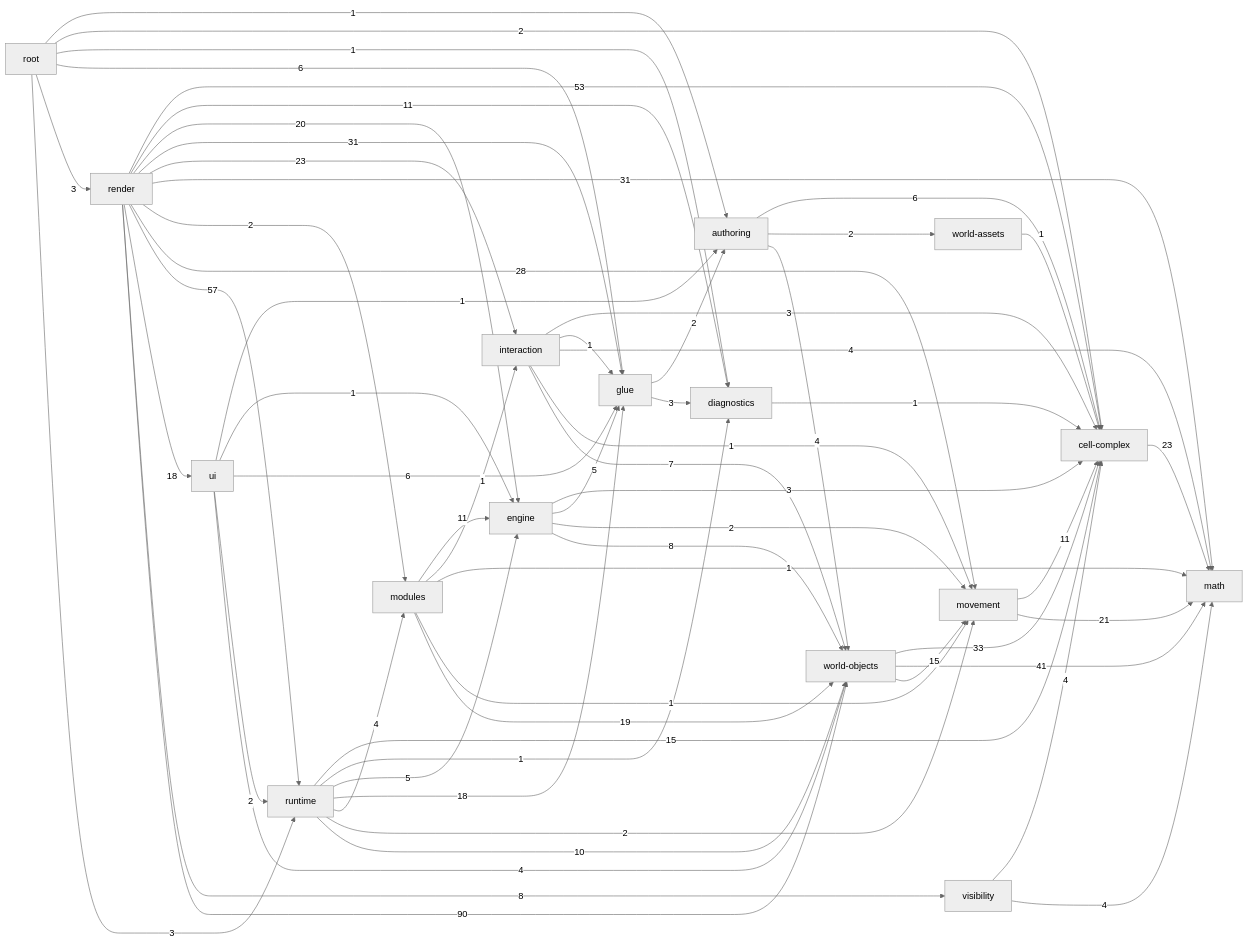
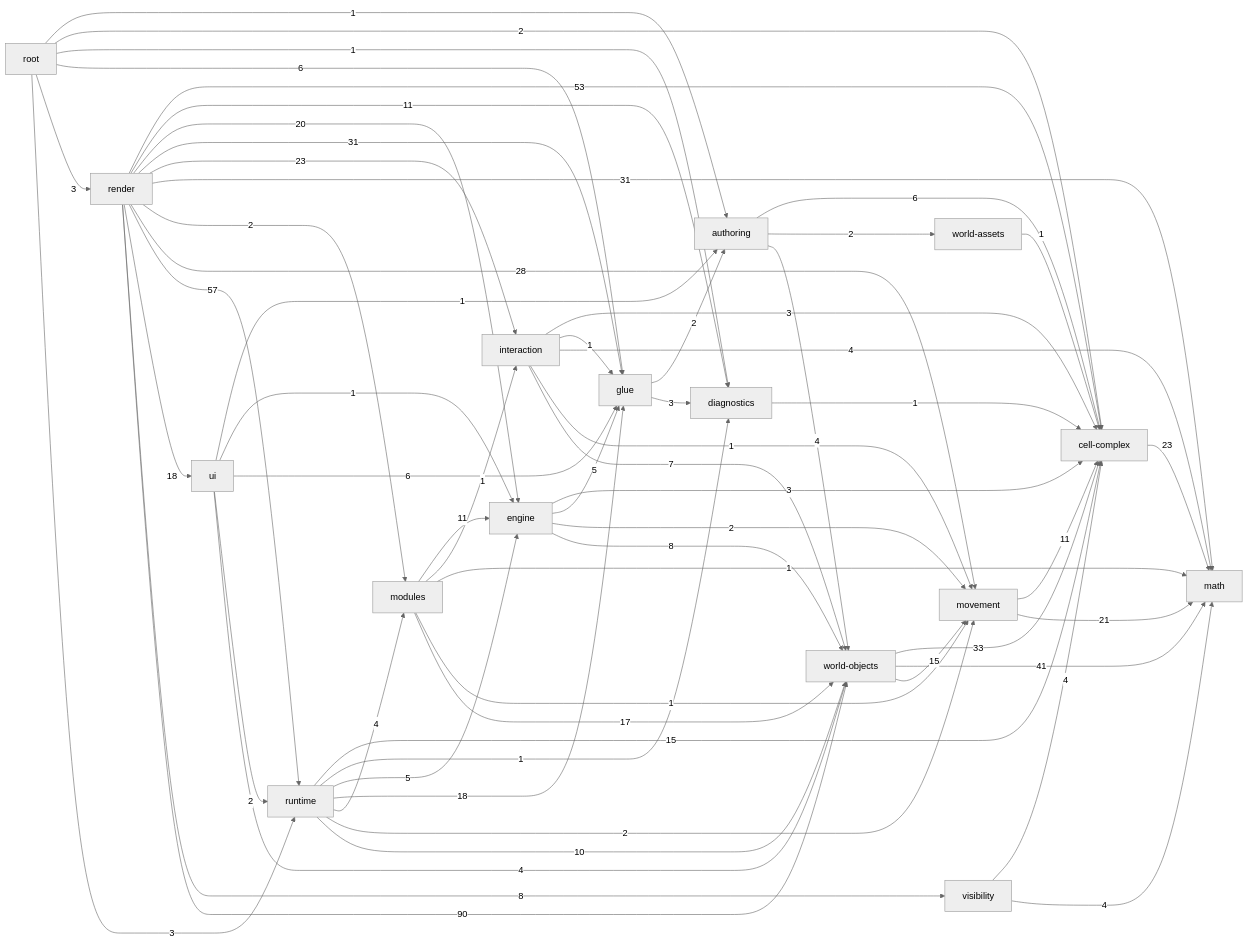
The diagram in _docs/generated/ARCHITECTURE_REFERENCE.md (guraltsev/noneuclid-fpv), drawn with Mermaid (neutral theme) before and after one commit. The commit also changed other lines of this file and 5 other files, not shown here.

````diff
--- a/_docs/generated/ARCHITECTURE_REFERENCE.md
+++ b/_docs/generated/ARCHITECTURE_REFERENCE.md
@@ -37,78 +37,78 @@
 ```mermaid
 flowchart LR
   math["math"]
   cell_complex["cell-complex"]
   diagnostics["diagnostics"]
   visibility["visibility"]
   movement["movement"]
   world_assets["world-assets"]
   world_objects["world-objects"]
   authoring["authoring"]
   glue["glue"]
   interaction["interaction"]
   engine["engine"]
   modules["modules"]
   runtime["runtime"]
   ui["ui"]
   render["render"]
   root["root"]
   authoring -->|6| cell_complex
   authoring -->|2| world_assets
   authoring -->|4| world_objects
   cell_complex -->|23| math
   diagnostics -->|1| cell_complex
   engine -->|3| cell_complex
   engine -->|5| glue
   engine -->|2| movement
   engine -->|8| world_objects
   glue -->|2| authoring
   glue -->|3| diagnostics
   interaction -->|3| cell_complex
   interaction -->|1| glue
   interaction -->|4| math
   interaction -->|1| movement
   interaction -->|7| world_objects
   modules -->|11| engine
   modules -->|1| interaction
   modules -->|1| math
   modules -->|1| movement
-  modules -->|19| world_objects
+  modules -->|17| world_objects
   movement -->|11| cell_complex
   movement -->|21| math
   render -->|53| cell_complex
   render -->|11| diagnostics
   render -->|20| engine
   render -->|31| glue
   render -->|23| interaction
   render -->|31| math
   render -->|2| modules
   render -->|28| movement
   render -->|57| runtime
   render -->|18| ui
   render -->|8| visibility
   render -->|90| world_objects
   root -->|1| authoring
   root -->|2| cell_complex
   root -->|1| diagnostics
   root -->|6| glue
   root -->|3| render
   root -->|3| runtime
   runtime -->|15| cell_complex
   runtime -->|1| diagnostics
   runtime -->|5| engine
   runtime -->|18| glue
   runtime -->|4| modules
   runtime -->|2| movement
   runtime -->|10| world_objects
   ui -->|1| authoring
   ui -->|1| engine
   ui -->|6| glue
   ui -->|2| runtime
   ui -->|4| world_objects
   visibility -->|4| cell_complex
   visibility -->|4| math
   world_assets -->|1| cell_complex
   world_objects -->|33| cell_complex
   world_objects -->|41| math
   world_objects -->|15| movement
 ```
````
